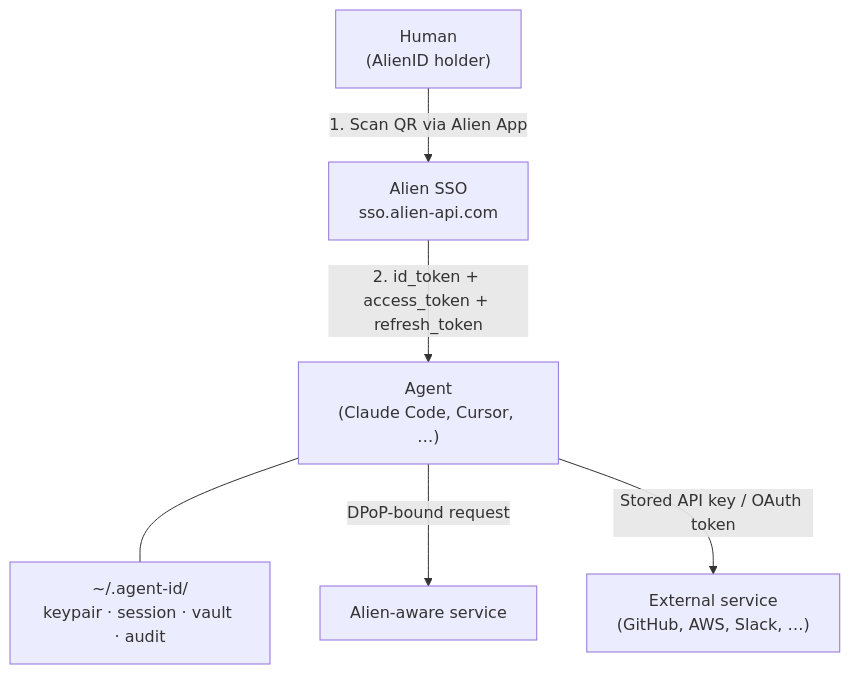
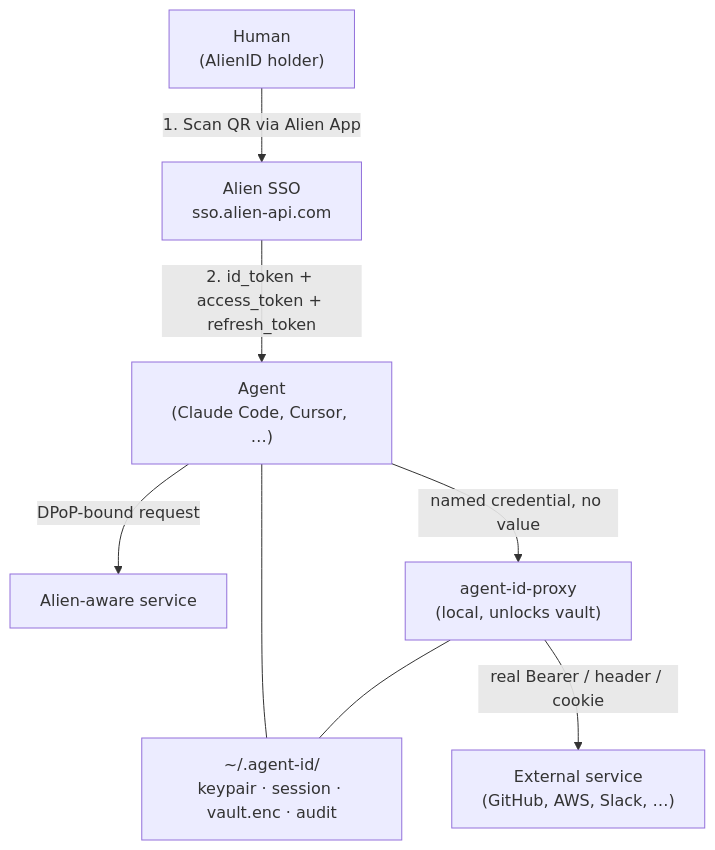
One commit to alien-id/agent-id changed the first of 4 diagrams in docs/AGENT-SSO.md. Above: the diagram before and after it, drawn with Mermaid. The commit also changed other lines of this file and 3 other files, not shown here.

First line of the commit message:
docs: add VAULT-PROXY.md + retarget README + AGENT-SSO at the new layer

````diff
--- a/docs/AGENT-SSO.md
+++ b/docs/AGENT-SSO.md
@@ -28,15 +29,18 @@
 ```mermaid
 flowchart TD
     Human["Human<br/>(AlienID holder)"]
     SSO["Alien SSO<br/>sso.alien-api.com"]
     Agent["Agent<br/>(Claude Code, Cursor, …)"]
     Service["Alien-aware service"]
     External["External service<br/>(GitHub, AWS, Slack, …)"]
-    State["~/.agent-id/<br/>keypair · session · vault · audit"]
+    State["~/.agent-id/<br/>keypair · session · vault.enc · audit"]
+    Proxy["agent-id-proxy<br/>(local, unlocks vault)"]
 
     Human -- "1. Scan QR via Alien App" --> SSO
     SSO -- "2. id_token + access_token + refresh_token" --> Agent
     Agent --- State
     Agent -- "DPoP-bound request" --> Service
-    Agent -- "Stored API key / OAuth token" --> External
+    Agent -- "named credential, no value" --> Proxy
+    Proxy --- State
+    Proxy -- "real Bearer / header / cookie" --> External
 ```
````
